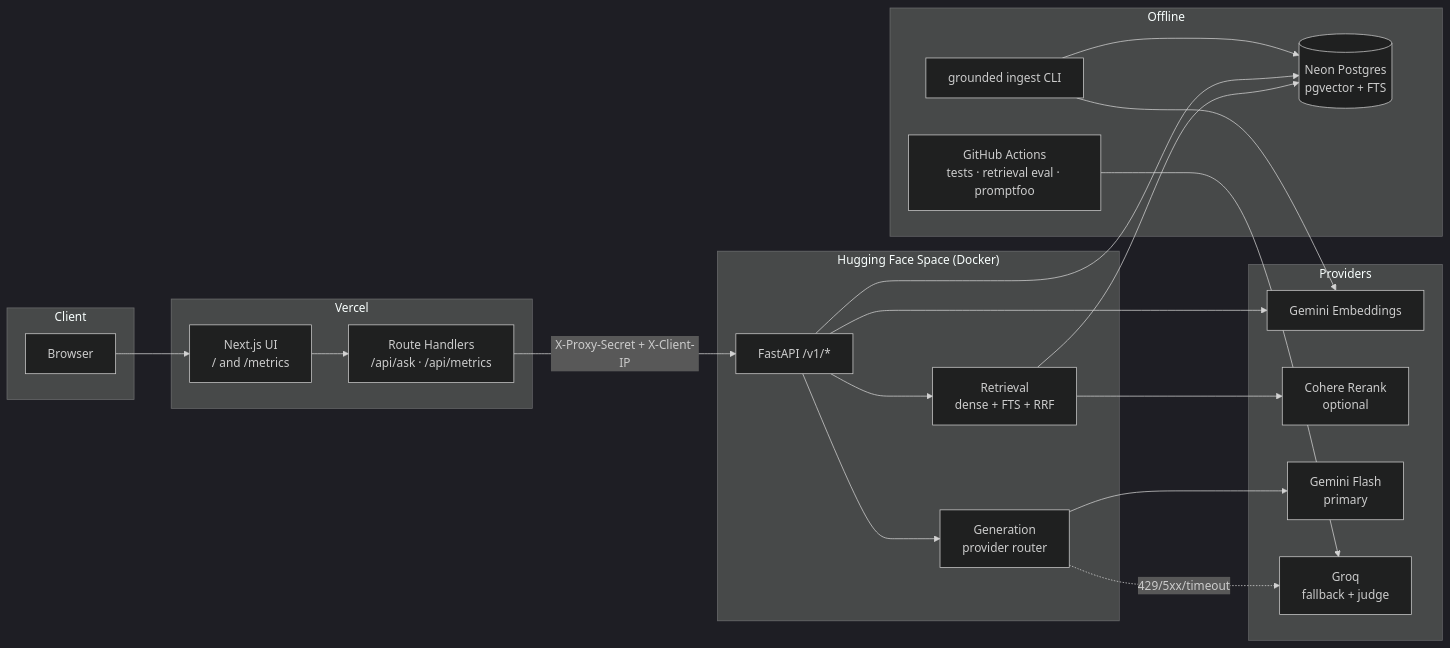
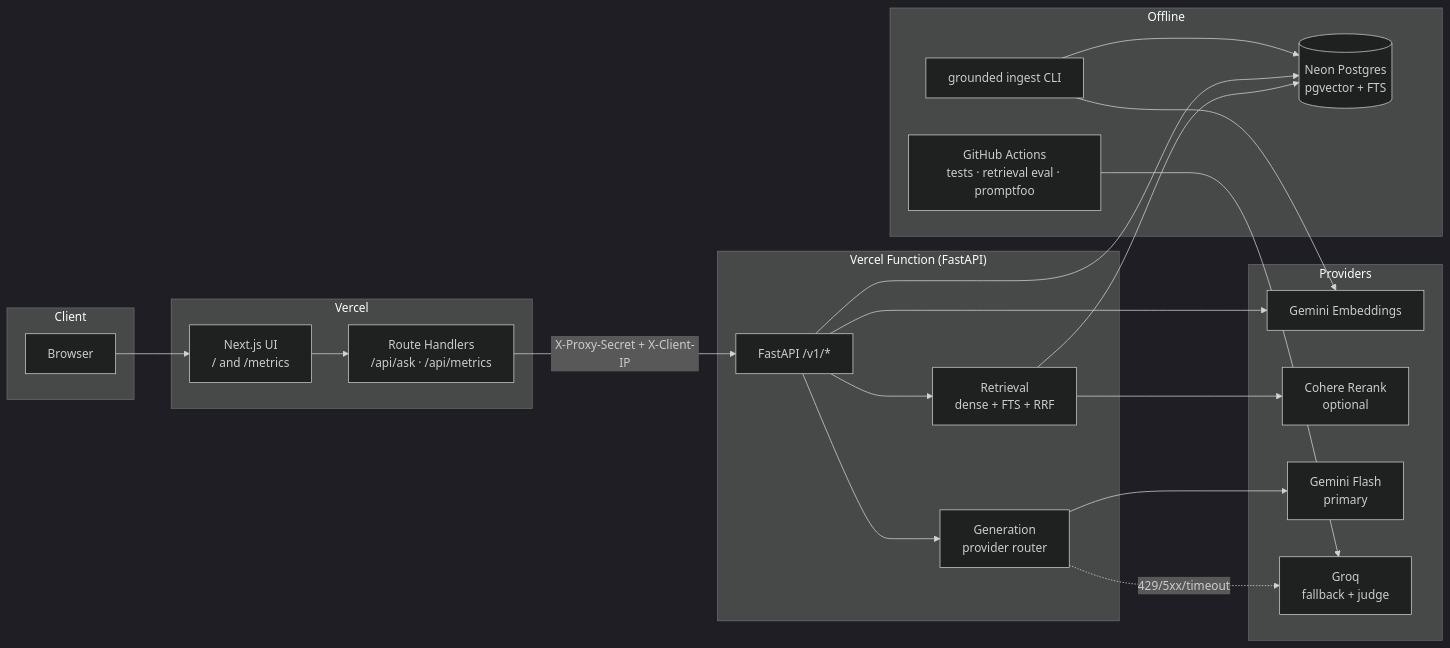
One commit to Niksa1101/grounded changed the first of 2 diagrams in docs/Tech.md. Above: the diagram before and after it, drawn with Mermaid (dark theme). The commit also changed other lines of this file and 4 other files, not shown here.

````diff
--- a/docs/Tech.md
+++ b/docs/Tech.md
@@ -15,36 +15,36 @@
 ```mermaid
 flowchart LR
     subgraph Client
         B[Browser]
     end
     subgraph Vercel
         FE[Next.js UI<br/>/ and /metrics]
         PX[Route Handlers<br/>/api/ask · /api/metrics]
     end
-    subgraph HF["Hugging Face Space (Docker)"]
+    subgraph BE["Vercel Function (FastAPI)"]
         API[FastAPI /v1/*]
         RET[Retrieval<br/>dense + FTS + RRF]
         GEN[Generation<br/>provider router]
     end
     subgraph Providers
         EMB[Gemini Embeddings]
         RR[Cohere Rerank<br/>optional]
         G1[Gemini Flash<br/>primary]
         G2[Groq<br/>fallback + judge]
     end
     DB[(Neon Postgres<br/>pgvector + FTS)]
 
     B --> FE --> PX -- "X-Proxy-Secret + X-Client-IP" --> API
     API --> RET --> DB
     API --> EMB
     RET --> RR
     API --> GEN --> G1
     GEN -. "429/5xx/timeout" .-> G2
     API --> DB
 
     subgraph Offline
         ING[grounded ingest CLI] --> EMB
         ING --> DB
         CI[GitHub Actions<br/>tests · retrieval eval · promptfoo] --> G2
     end
 ```
````
